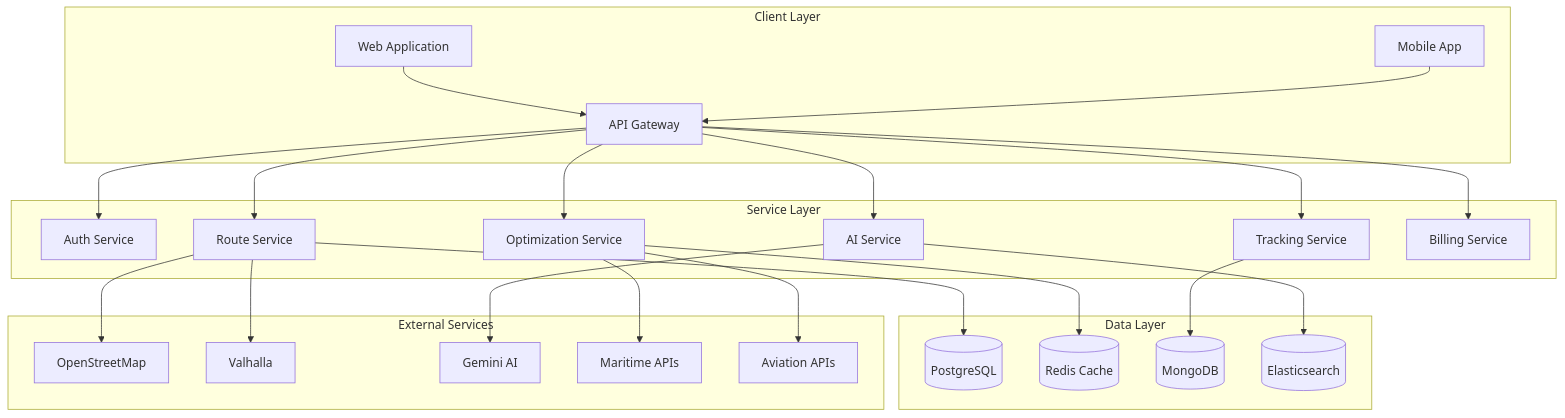
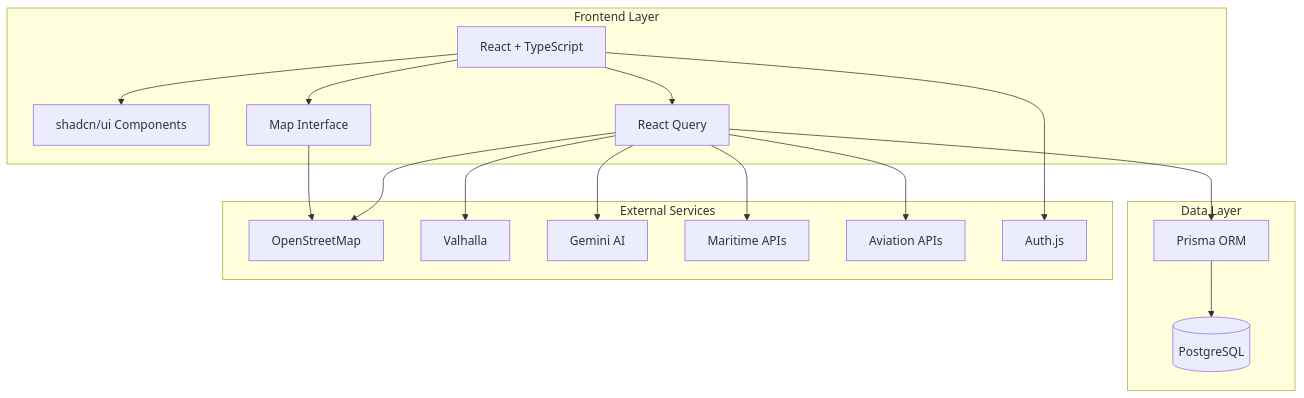
Before and after one commit to r04nx/obsidian: the first of 5 diagrams in tmp/LogisticsRouteOptimizer.md, drawn with Mermaid. The commit also changed other lines of this file, not shown here.

````diff
--- a/tmp/LogisticsRouteOptimizer.md
+++ b/tmp/LogisticsRouteOptimizer.md
@@ -50,44 +50,32 @@
 ```mermaid
 graph TB
-    subgraph "Client Layer"
-        WEB["Web Application"]
-        MOB["Mobile App"]
-        API["API Gateway"]
+    subgraph "Frontend Layer"
+        UI["React + TypeScript"]
+        COMP["shadcn/ui Components"]
+        MAP["Map Interface"]
+        RQ["React Query"]
     end
-
-    subgraph "Service Layer"
-        AUTH["Auth Service"]
-        ROUTE["Route Service"]
-        OPT["Optimization Service"]
-        AI["AI Service"]
-        TRACK["Tracking Service"]
-        BILL["Billing Service"]
+    
+    subgraph "Data Layer"
+        PRISMA["Prisma ORM"]
+        DB[(PostgreSQL)]
     end
-
-    subgraph "Data Layer"
-        POSTGRES[(PostgreSQL)]
-        REDIS[(Redis Cache)]
-        MONGO[(MongoDB)]
-        ES[(Elasticsearch)]
-    end
-
+    
     subgraph "External Services"
         OSM["OpenStreetMap"]
         VAL["Valhalla"]
         GEM["Gemini AI"]
         MAR["Maritime APIs"]
         AIR["Aviation APIs"]
+        AUTH["Auth.js"]
     end
-
-    WEB & MOB --> API
-    API --> AUTH & ROUTE & OPT & AI & TRACK & BILL
     
-    ROUTE --> POSTGRES
-    OPT --> REDIS
-    TRACK --> MONGO
-    AI --> ES
-
-    ROUTE --> OSM & VAL
-    OPT --> MAR & AIR
-    AI --> GEM
+    UI --> RQ
+    RQ --> PRISMA
+    PRISMA --> DB
+    UI --> COMP
+    UI --> MAP
+    MAP --> OSM
+    RQ --> OSM & VAL & GEM & MAR & AIR
+    UI --> AUTH
 ```
````
